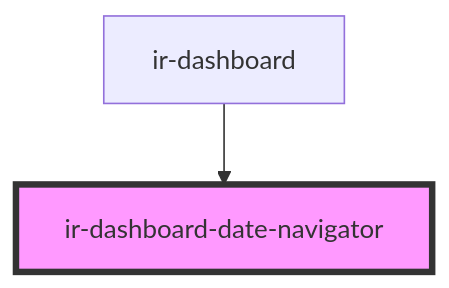
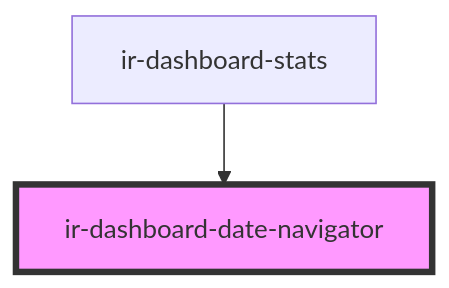
One commit to RonyRizk/ir-webcmp changed the diagram in src/components/ir-dashboard/ir-dashboard-date-navigator/readme.md. Above: the diagram before and after it, drawn with Mermaid. The commit also changed other lines of this file and 17 other files, not shown here.

````diff
--- a/src/components/ir-dashboard/ir-dashboard-date-navigator/readme.md
+++ b/src/components/ir-dashboard/ir-dashboard-date-navigator/readme.md
@@ -32,5 +32,5 @@
 ```mermaid
 graph TD;
-  ir-dashboard --> ir-dashboard-date-navigator
+  ir-dashboard-stats --> ir-dashboard-date-navigator
   style ir-dashboard-date-navigator fill:#f9f,stroke:#333,stroke-width:4px
 ```
````
